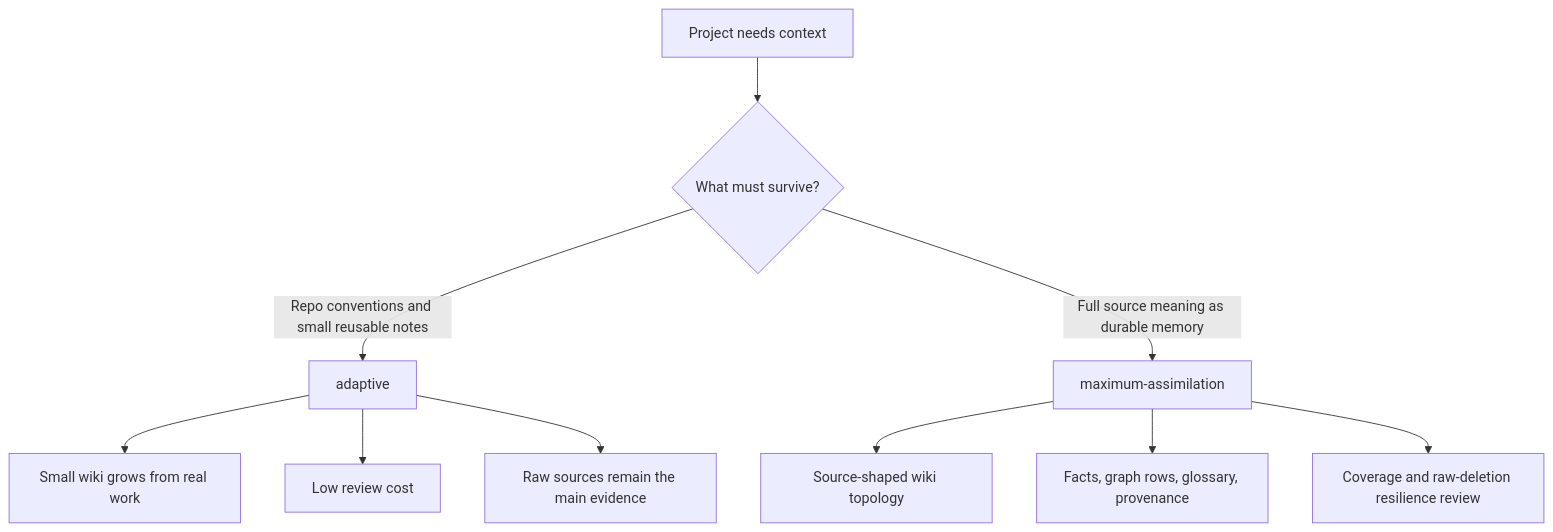
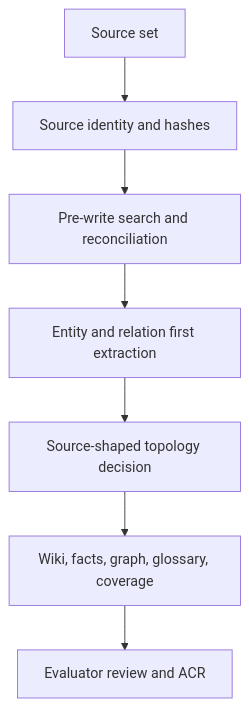
The first of 2 diagrams in docs/context/modes.mdx (basilisk-labs/agentplane), drawn with Mermaid before and after one commit. The commit also changed other lines of this file and 38 other files, not shown here.

Commit message:
🚧 C07EE3 task: force context ingest maximum assimilation

````diff
--- a/docs/context/modes.mdx
+++ b/docs/context/modes.mdx
@@ -24,14 +24,9 @@
 ```mermaid
 flowchart TD
-  A[Project needs context] --> B{What must survive?}
-  B -- Repo conventions and small reusable notes --> C[adaptive]
-  B -- Full source meaning as durable memory --> D[maximum-assimilation]
-
-  C --> C1[Small wiki grows from real work]
-  C --> C2[Low review cost]
-  C --> C3[Raw sources remain the main evidence]
-
-  D --> D1[Source-shaped wiki topology]
-  D --> D2[Facts, graph rows, glossary, provenance]
-  D --> D3[Coverage and raw-deletion resilience review]
+  A[Source set] --> B[Source identity and hashes]
+  B --> C[Pre-write search and reconciliation]
+  C --> D[Entity and relation first extraction]
+  D --> E[Source-shaped topology decision]
+  E --> F[Wiki, facts, graph, glossary, coverage]
+  F --> G[Evaluator review and ACR]
 ```
````
